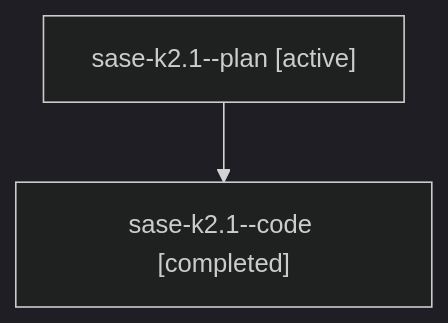
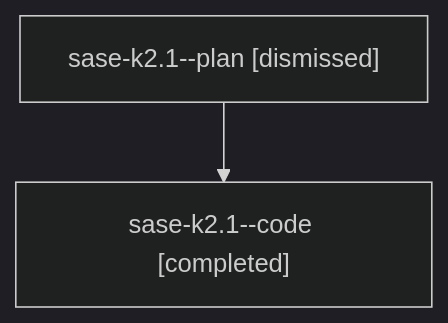
The diagram in sessions/bbugyi200.athena.sase-k2.1.md (sase-org/sase--agents), drawn with Mermaid (dark theme) before and after one commit. The commit also changed other lines of this file and 82 other files, not shown here.

````diff
--- a/sessions/bbugyi200.athena.sase-k2.1.md
+++ b/sessions/bbugyi200.athena.sase-k2.1.md
@@ -9,6 +9,6 @@
 ```mermaid
 flowchart TD
-  n0["sase-k2.1--plan [active]"]
+  n0["sase-k2.1--plan [dismissed]"]
   n1["sase-k2.1--code [completed]"]
   n0 --> n1
 ```
````
